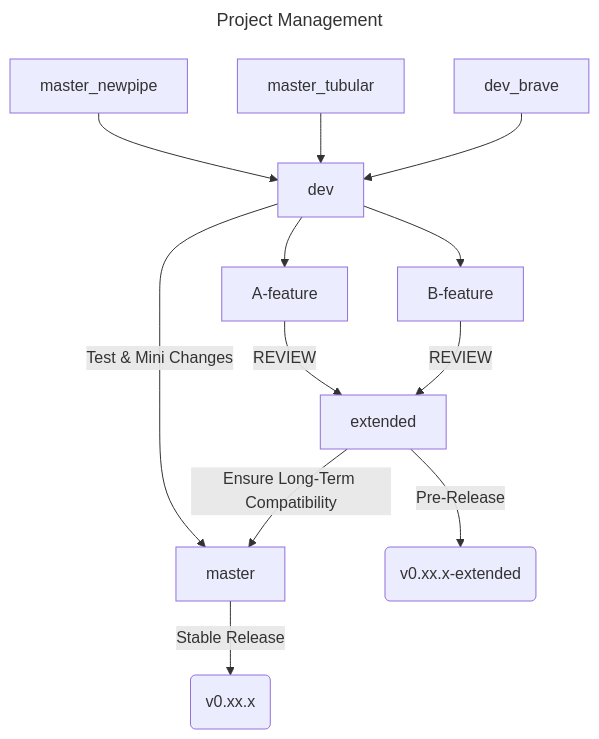
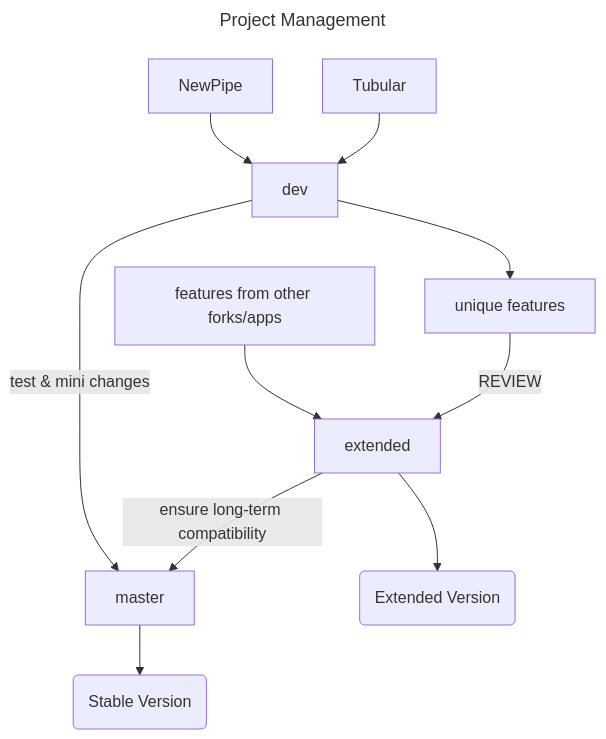
One commit to MaintainTeam/LastPipeBender changed the diagram in README.md. Above: the diagram before and after it, drawn with Mermaid. The commit also changed other lines of this file, not shown here.

````diff
--- a/README.md
+++ b/README.md
@@ -55,19 +42,17 @@
 ```mermaid
 ---
 title: Project Management
 ---
 graph TD
-    A[master_newpipe] --> D[dev]
-    B[master_tubular] --> D
-    C[dev_brave] --> D
-    D --> | Test & Mini Changes | E[master]
-    D --> X[A-feature]
-    D --> Y[B-feature]
+    A[NewPipe] --> D[dev]
+    B[Tubular] --> D
+    C[features from other forks/apps] --> F
+    D --> | test & mini changes | E[master]
+    D --> X[unique features]
     X --> | REVIEW | F[extended]
-    Y --> | REVIEW | F
 
-    F --> | Pre-Release | G(v0.xx.x-extended)
+    F -->  G(Extended Version)
 
-    F --> | Ensure Long-Term Compatibility | E
-    E --> | Stable Release | K(v0.xx.x)
+    F --> | ensure long-term compatibility | E
+    E --> K(Stable Version)
 ```
````
